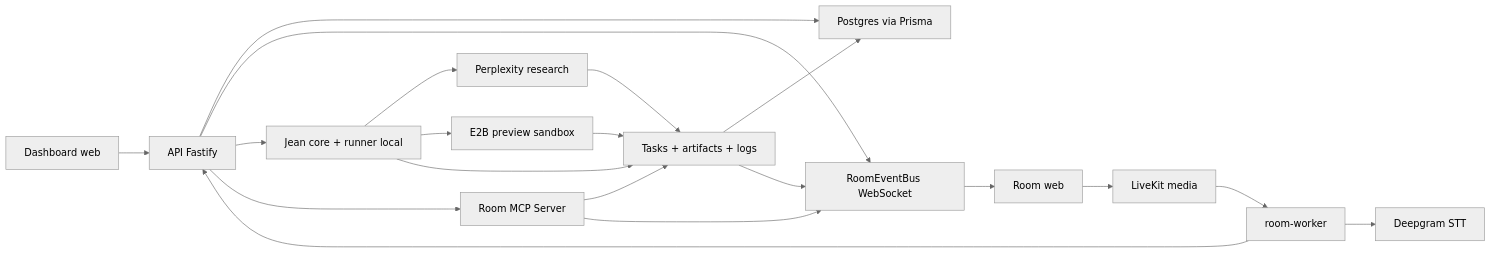
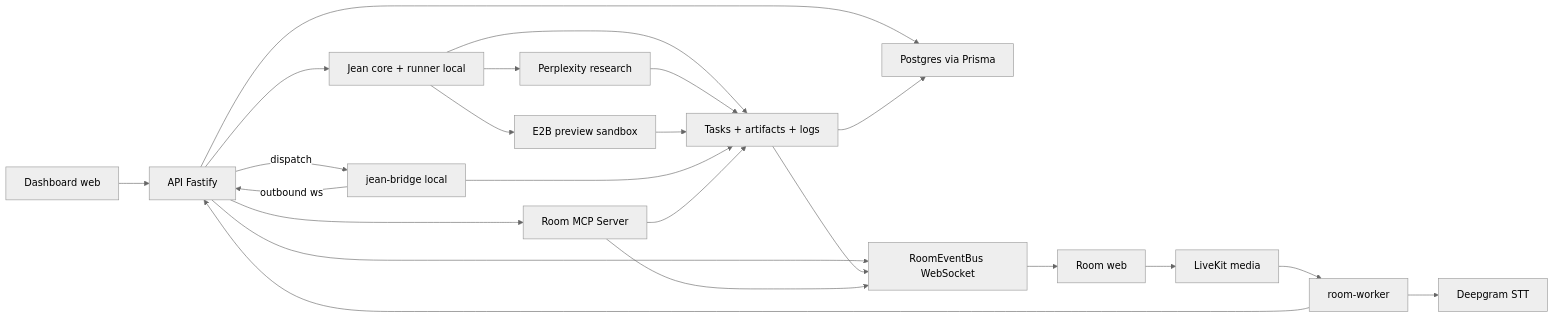
Before and after one commit to lgubb/projet-meetai: the diagram in docs/phases/README.md, drawn with Mermaid (neutral theme). The commit also changed other lines of this file and 81 other files, not shown here.

````diff
--- a/docs/phases/README.md
+++ b/docs/phases/README.md
@@ -30,22 +34,25 @@
 ```mermaid
 flowchart LR
   Dashboard["Dashboard web"] --> API["API Fastify"]
   API --> DB["Postgres via Prisma"]
   Room["Room web"] --> LiveKit["LiveKit media"]
   LiveKit --> Worker["room-worker"]
   Worker --> Deepgram["Deepgram STT"]
   Worker --> API
   API --> Events["RoomEventBus WebSocket"]
   Events --> Room
   API --> Jean["Jean core + runner local"]
   Jean --> Perplexity["Perplexity research"]
   Jean --> E2B["E2B preview sandbox"]
   API --> MCP["Room MCP Server"]
+  Bridge["jean-bridge local"] -->|outbound ws| API
+  API -->|dispatch| Bridge
   Jean --> Tasks["Tasks + artifacts + logs"]
   Perplexity --> Tasks
   E2B --> Tasks
+  Bridge --> Tasks
   Tasks --> DB
   Tasks --> Events
   MCP --> Tasks
   MCP --> Events
 ```
````
